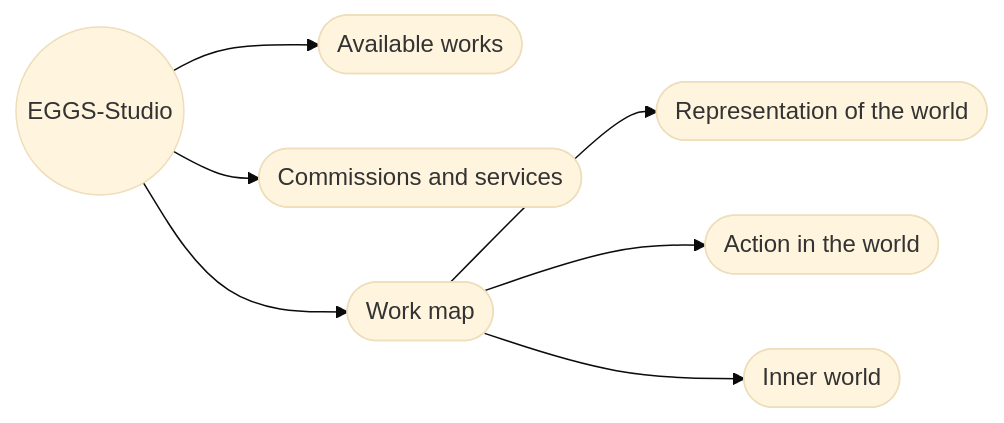
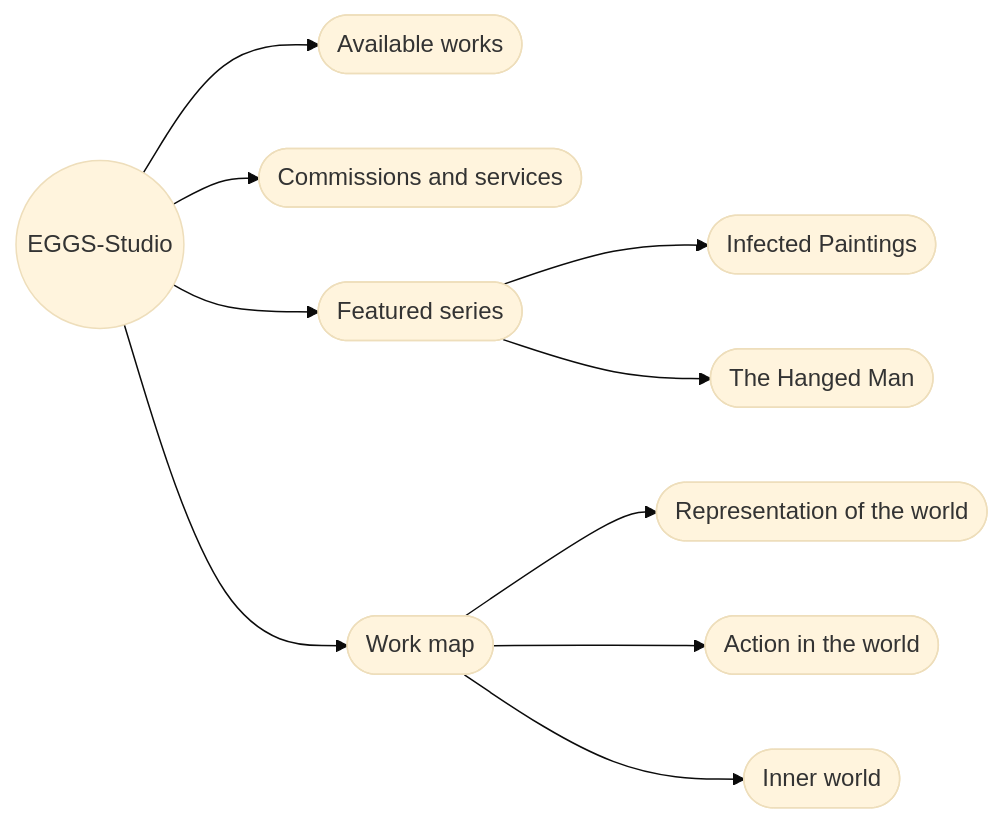
Before and after one commit to EGGS-Artesvisuales/EGGS-Artesvisuales.github.io: the diagram in EN/index.md, drawn with Mermaid (base theme). The commit also changed other lines of this file, not shown here.

Commit message:
Feature main series on EN home

```diff
--- a/EN/index.md
+++ b/EN/index.md
@@ -60,21 +76,27 @@
 <div class="mermaid">
 flowchart LR
   principal(("EGGS-Studio"))
   tienda(["Available works"])
   servicios(["Commissions and services"])
+  series(["Featured series"])
   mapa(["Work map"])
 
   principal --> tienda
   principal --> servicios
+  principal --> series
   principal --> mapa
 
+  series --> pinturas(["Infected Paintings"])
+  series --> colgado(["The Hanged Man"])
   mapa --> representacion(["Representation of the world"])
   mapa --> accion(["Action in the world"])
   mapa --> interior(["Inner world"])
 
   click tienda "/EN/store.html#impresiones-y-fotografia" "Go to available works"
   click servicios "/EN/services.html" "Go to services"
+  click pinturas "/EN/infected-paintings-series.html" "View Infected Paintings"
+  click colgado "/EN/the-hanged-man-series.html" "View The Hanged Man"
   click representacion "/EN/world-representation.html" "Go to Representation of the world"
   click accion "/EN/action.html" "Go to Action in the world"
   click interior "/EN/inner-world.html" "Go to Inner world"
 </div>
```
